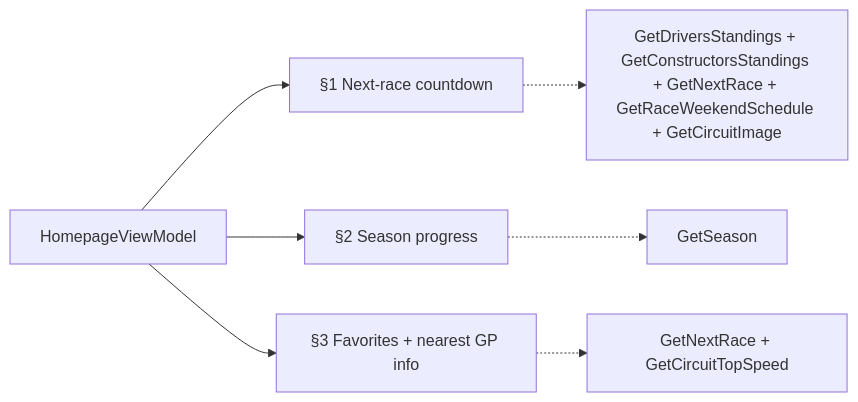
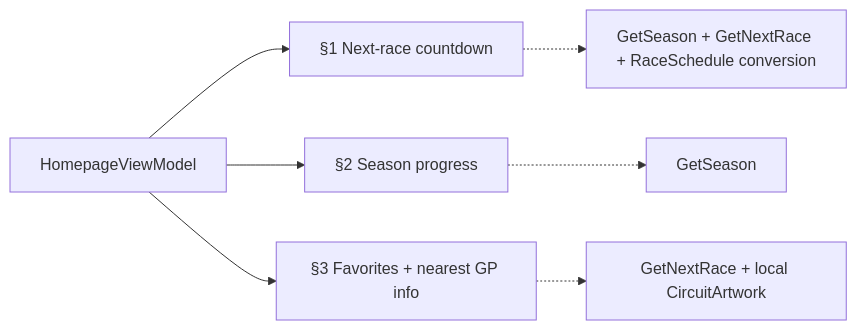
Before and after one commit to anpurnama11/my-f1-companion-app: the first of 2 diagrams in lode/wayfinder/f1app/homepage.md, drawn with Mermaid. The commit also changed other lines of this file and 76 other files, not shown here.

````diff
--- a/lode/wayfinder/f1app/homepage.md
+++ b/lode/wayfinder/f1app/homepage.md
@@ -8,9 +8,9 @@
 ```mermaid
 flowchart LR
   A[HomepageViewModel] --> S1["§1 Next-race countdown"]
   A --> S2["§2 Season progress"]
   A --> S3["§3 Favorites + nearest GP info"]
-  S1 -.-> UC1[GetDriversStandings + GetConstructorsStandings + GetNextRace + GetRaceWeekendSchedule + GetCircuitImage]
+  S1 -.-> UC1[GetSeason + GetNextRace + RaceSchedule conversion]
   S2 -.-> UC2[GetSeason]
-  S3 -.-> UC3[GetNextRace + GetCircuitTopSpeed]
+  S3 -.-> UC3[GetNextRace + local CircuitArtwork]
 ```
````
